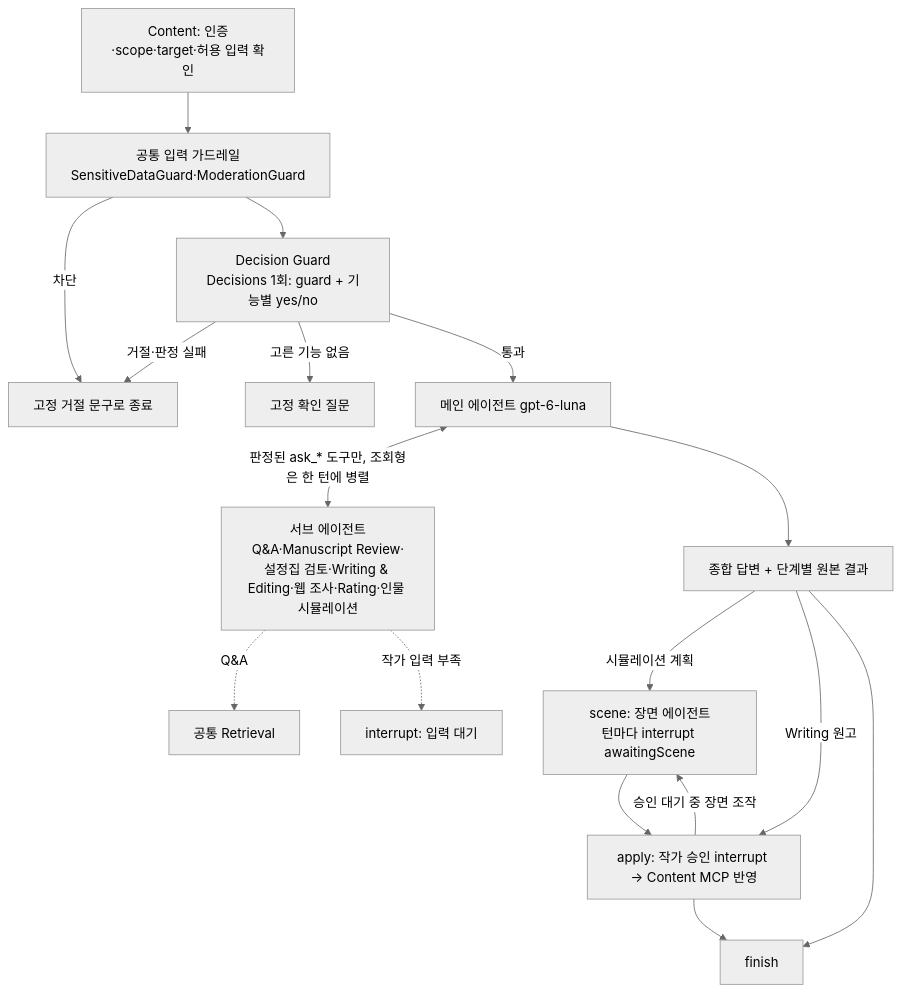
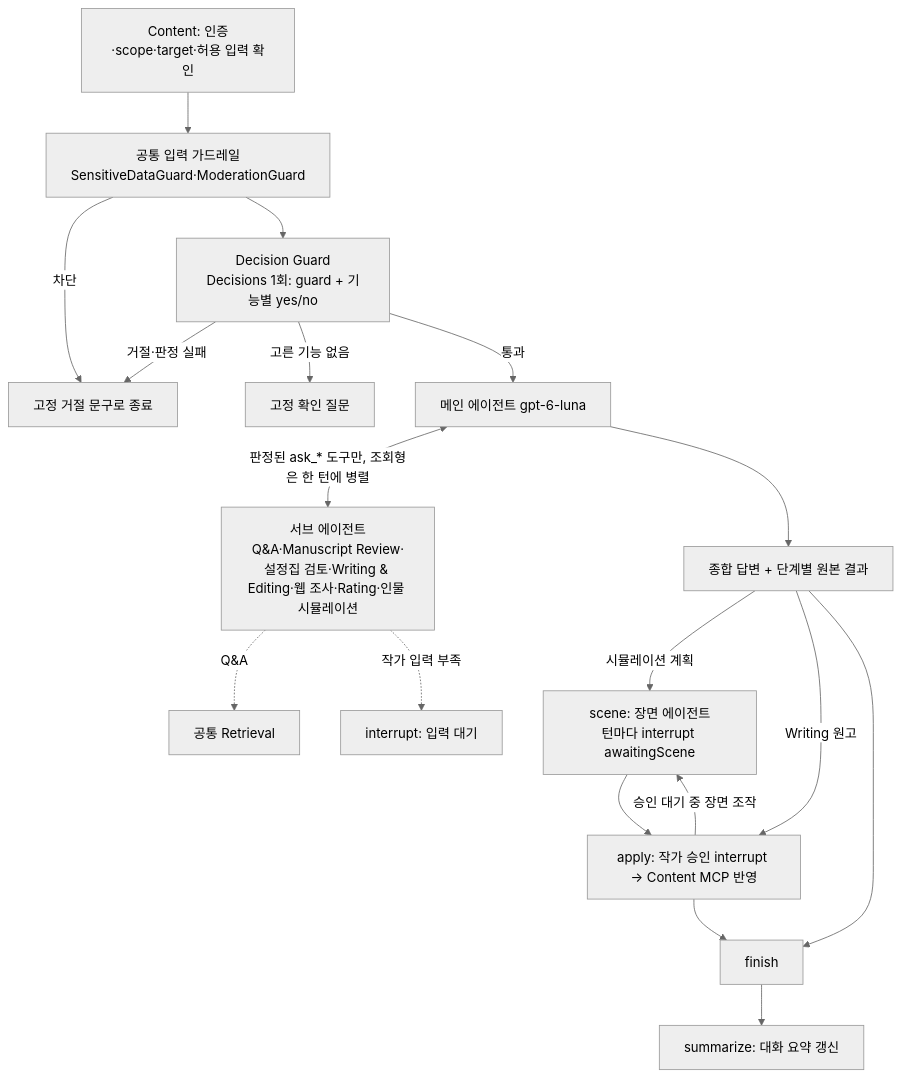
The second of 2 diagrams in docs/writing-ai-architecture/02-ai-architecture.md (SKNETWORKS-FAMILY-AICAMP/SKN34-FINAL-4TEAM), drawn with Mermaid (neutral theme) before and after one commit. The commit also changed other lines of this file and 3 other files, not shown here.

```diff
--- a/docs/writing-ai-architecture/02-ai-architecture.md
+++ b/docs/writing-ai-architecture/02-ai-architecture.md
@@ -55,19 +55,20 @@
 ~~~mermaid
 flowchart TD
   C[Content: 인증·scope·target·허용 입력 확인] --> G0[공통 입력 가드레일<br/>SensitiveDataGuard·ModerationGuard]
   G0 -->|차단| R[고정 거절 문구로 종료]
   G0 --> G1[Decision Guard<br/>Decisions 1회: guard + 기능별 yes/no]
   G1 -->|거절·판정 실패| R
   G1 -->|고른 기능 없음| Q[고정 확인 질문]
   G1 -->|통과| M[메인 에이전트 gpt-6-luna]
   M <-->|판정된 ask_* 도구만, 조회형은 한 턴에 병렬| S[서브 에이전트<br/>Q&A·Manuscript Review·설정집 검토·Writing & Editing·웹 조사·Rating·인물 시뮬레이션]
   S -.->|Q&A| RT[공통 Retrieval]
   S -.->|작가 입력 부족| W[interrupt: 입력 대기]
   M --> F[종합 답변 + 단계별 원본 결과]
   F -->|시뮬레이션 계획| SC[scene: 장면 에이전트<br/>턴마다 interrupt awaitingScene]
   SC --> A
   F -->|Writing 원고| A[apply: 작가 승인 interrupt → Content MCP 반영]
   A -->|승인 대기 중 장면 조작| SC
   F --> E[finish]
   A --> E
+  E --> U[summarize: 대화 요약 갱신]
 ~~~
```
